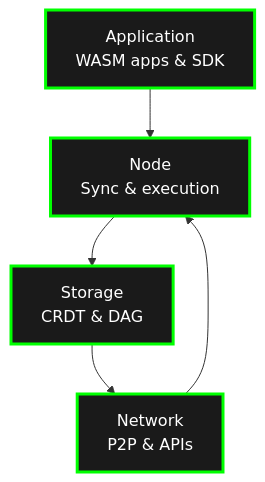
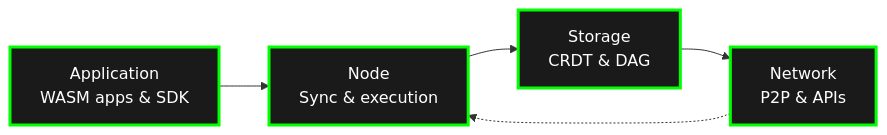
The first of 6 diagrams in docs/core-concepts/architecture.md (calimero-network/docs), drawn with Mermaid before and after one commit. The commit also changed other lines of this file and 6 other files, not shown here.

````diff
--- a/docs/core-concepts/architecture.md
+++ b/docs/core-concepts/architecture.md
@@ -7,17 +7,12 @@
 ```mermaid
-flowchart TD
-    APP[Application<br/>WASM apps & SDK]
-    NODE[Node<br/>Sync & execution]
-    STORAGE[Storage<br/>CRDT & DAG]
-    NETWORK[Network<br/>P2P & APIs]
-    
-    APP --> NODE
-    NODE --> STORAGE
-    STORAGE --> NETWORK
-    NETWORK --> NODE
+flowchart LR
+    APP[Application<br/>WASM apps & SDK] --> NODE[Node<br/>Sync & execution]
+    NODE --> STORAGE[Storage<br/>CRDT & DAG]
+    STORAGE --> NETWORK[Network<br/>P2P & APIs]
+    NETWORK -.-> NODE
     
     style APP fill:#1a1a1a,stroke:#00ff00,stroke-width:3px,color:#ffffff
     style NODE fill:#1a1a1a,stroke:#00ff00,stroke-width:3px,color:#ffffff
     style STORAGE fill:#1a1a1a,stroke:#00ff00,stroke-width:3px,color:#ffffff
     style NETWORK fill:#1a1a1a,stroke:#00ff00,stroke-width:3px,color:#ffffff
 ```
````
